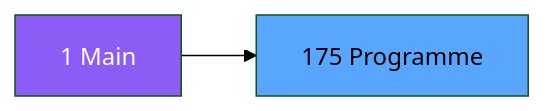
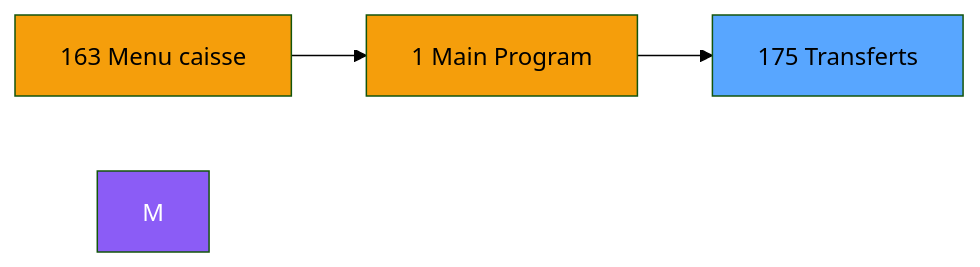
The second of 3 diagrams in .openspec/specs/ADH-IDE-175.md (thonyAGP/magic-migration), drawn with Mermaid (forest theme) before and after one commit. The commit also changed other lines of this file and 323 other files, not shown here.

````diff
--- a/.openspec/specs/ADH-IDE-175.md
+++ b/.openspec/specs/ADH-IDE-175.md
@@ -100,8 +107,12 @@
 ```mermaid
 graph LR
-    M[1 Main]
-    T[175 Programme]
-    M --> T
+    N163[163 Menu caisse ]
+    N1[1 Main Program]
+    T[175 Transferts]
+    N163 --> N1
+    N1 --> T
     style M fill:#8b5cf6,color:#fff
+    style N163 fill:#f59e0b
+    style N1 fill:#f59e0b
     style T fill:#58a6ff,color:#000
 ```
````
